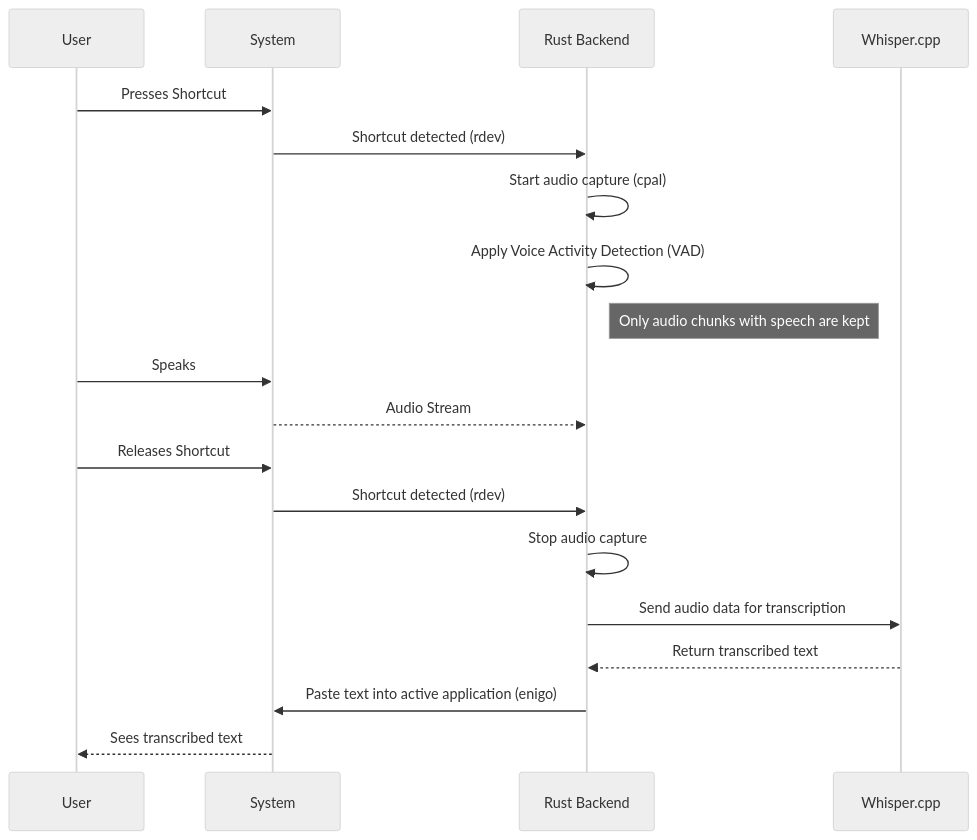
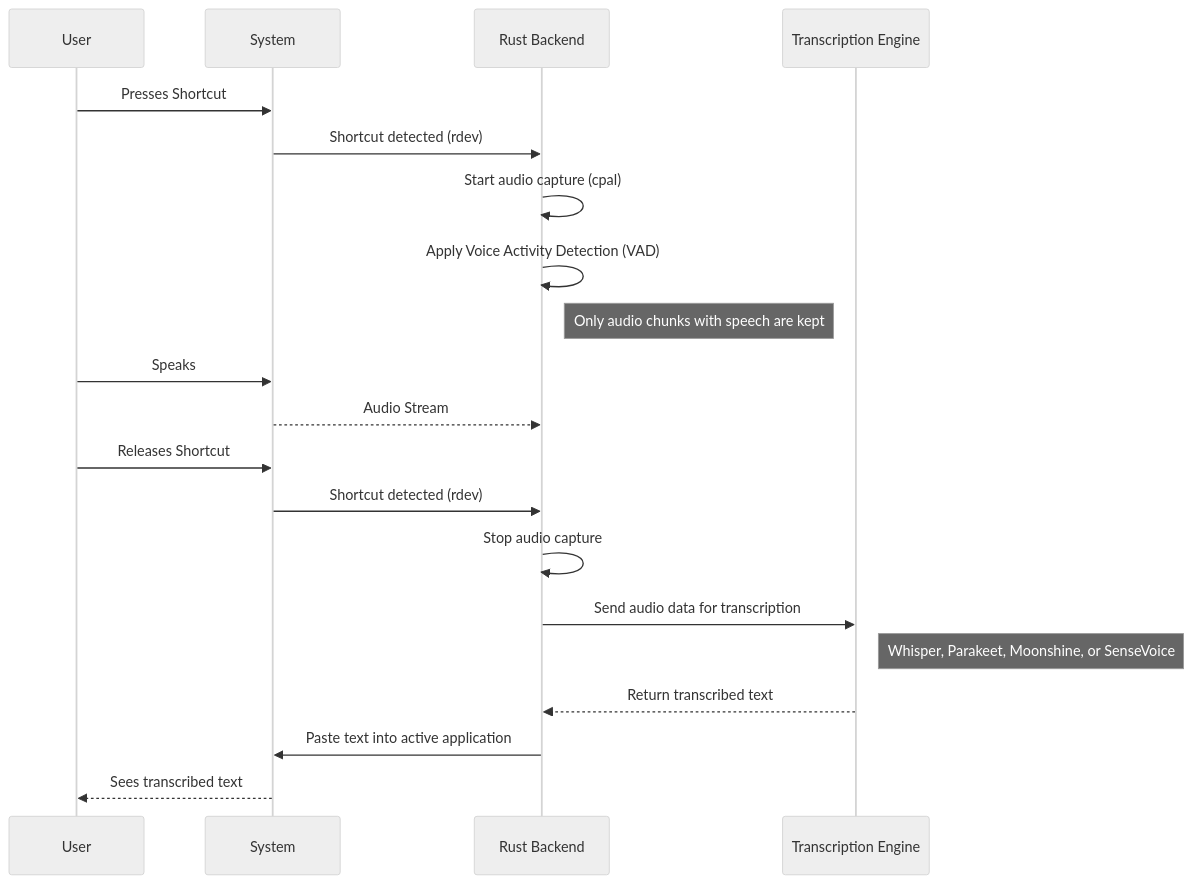
Before and after one commit to thukabjj/Handy: the second of 10 diagrams in DEV_DOCS.md, drawn with Mermaid (neutral theme). The commit also changed other lines of this file and 8 other files, not shown here.

````diff
--- a/DEV_DOCS.md
+++ b/DEV_DOCS.md
@@ -67,26 +71,27 @@
 ```mermaid
 sequenceDiagram
     participant User
     participant System
-    participant RustBackend as Rust Backend
-    participant WhisperCPP as Whisper.cpp
+    participant Backend as Rust Backend
+    participant Engine as Transcription Engine
 
     User->>System: Presses Shortcut
-    System->>RustBackend: Shortcut detected (rdev)
-    RustBackend->>RustBackend: Start audio capture (cpal)
-    RustBackend->>RustBackend: Apply Voice Activity Detection (VAD)
-    Note right of RustBackend: Only audio chunks with speech are kept
+    System->>Backend: Shortcut detected (rdev)
+    Backend->>Backend: Start audio capture (cpal)
+    Backend->>Backend: Apply Voice Activity Detection (VAD)
+    Note right of Backend: Only audio chunks with speech are kept
 
     User->>System: Speaks
-    System-->>RustBackend: Audio Stream
+    System-->>Backend: Audio Stream
 
     User->>System: Releases Shortcut
-    System->>RustBackend: Shortcut detected (rdev)
-    RustBackend->>RustBackend: Stop audio capture
+    System->>Backend: Shortcut detected (rdev)
+    Backend->>Backend: Stop audio capture
 
-    RustBackend->>WhisperCPP: Send audio data for transcription
-    WhisperCPP-->>RustBackend: Return transcribed text
+    Backend->>Engine: Send audio data for transcription
+    Note right of Engine: Whisper, Parakeet, Moonshine, or SenseVoice
+    Engine-->>Backend: Return transcribed text
 
-    RustBackend->>System: Paste text into active application (enigo)
+    Backend->>System: Paste text into active application
     System-->>User: Sees transcribed text
 ```
````
